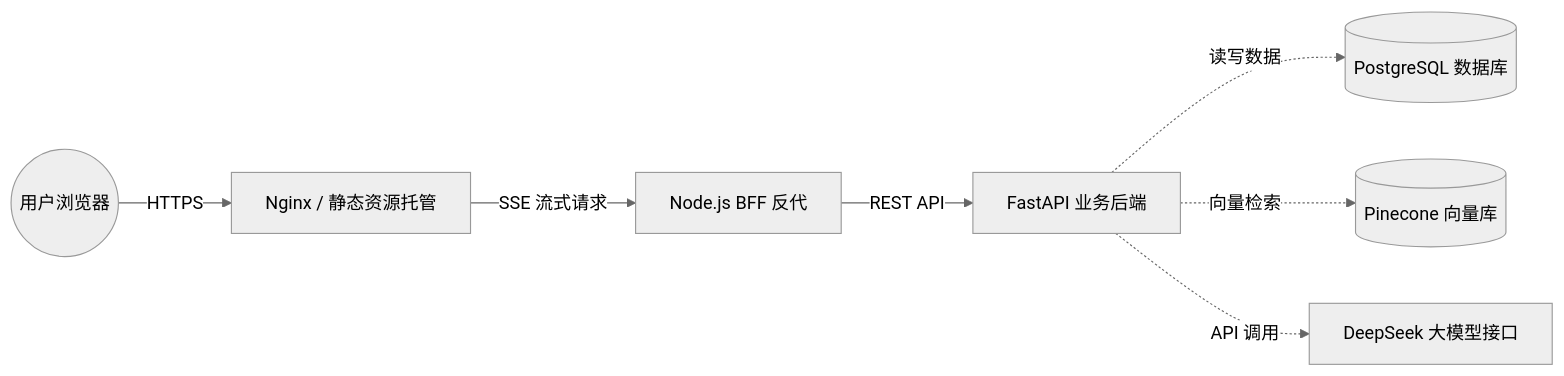
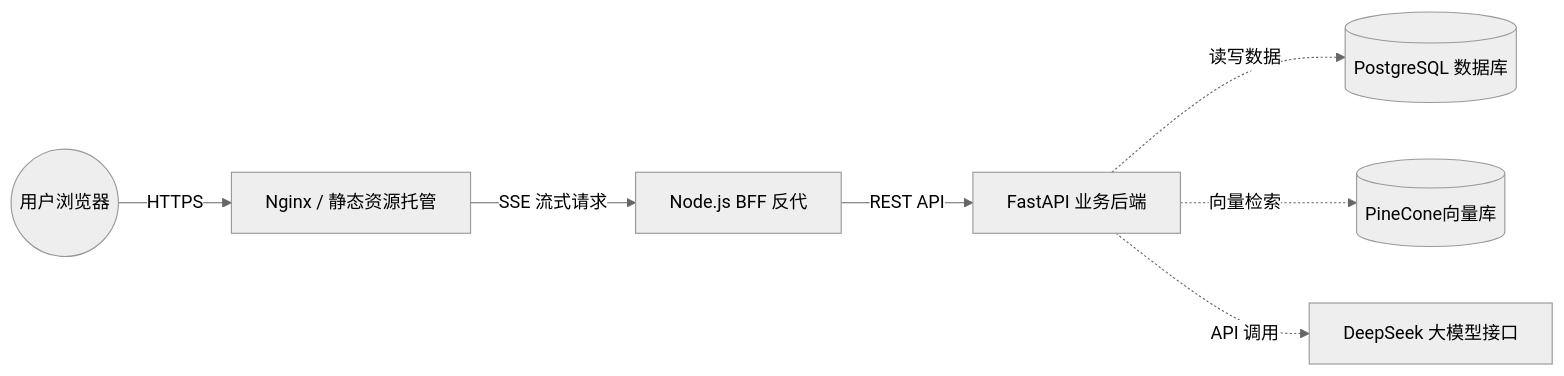
The second of 3 diagrams in docs/slides/slides.md (cuiningran-spec/philosophy-agent), drawn with Mermaid (neutral theme) before and after one commit. The commit also changed other lines of this file, not shown here.

````diff
--- a/docs/slides/slides.md
+++ b/docs/slides/slides.md
@@ -170,10 +168,10 @@
 ```mermaid {theme: 'dark', scale: 0.68}
 flowchart LR
     User((用户浏览器)) -->|HTTPS| Nginx[Nginx / 静态资源托管]
     Nginx -->|SSE 流式请求| Node[Node.js BFF 反代]
     Node -->|REST API| FastAPI[FastAPI 业务后端]
 
     FastAPI -.->|读写数据| PG[(PostgreSQL 数据库)]
-    FastAPI -.->|向量检索| Pinecone[(Pinecone 向量库)]
+    FastAPI -.->|向量检索| Pinecone[(PineCone向量库)]
     FastAPI -.->|API 调用| DeepSeek[DeepSeek 大模型接口]
 ```
````
